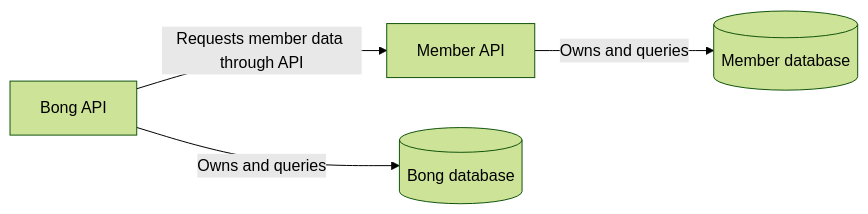
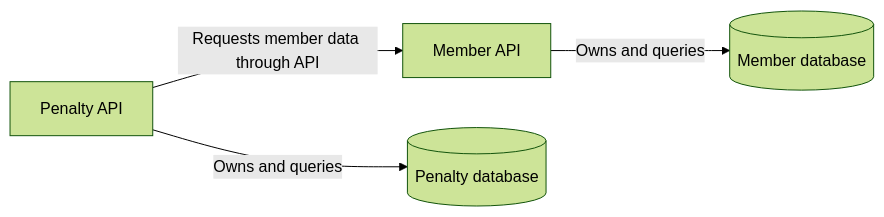
The second of 7 diagrams in Service-architecture.md (Kebertr/valhall), drawn with Mermaid (forest theme) before and after one commit. The commit also changed other lines of this file and 7 other files, not shown here.

````diff
--- a/Service-architecture.md
+++ b/Service-architecture.md
@@ -81,13 +81,13 @@
 ```mermaid
 flowchart LR
-    BongAPI[Bong API]
+    PenaltyAPI[Penalty API]
     MemberAPI[Member API]
 
-    BongDB[(Bong database)]
+    PenaltyDB[(Penalty database)]
     MemberDB[(Member database)]
 
-    BongAPI -->|Owns and queries| BongDB
+    PenaltyAPI -->|Owns and queries| PenaltyDB
     MemberAPI -->|Owns and queries| MemberDB
 
-    BongAPI -->|Requests member data through API| MemberAPI
+    PenaltyAPI -->|Requests member data through API| MemberAPI
 ```
````
